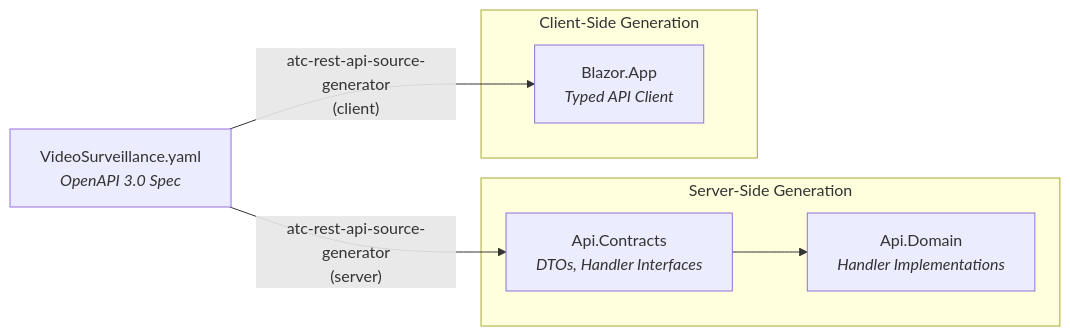
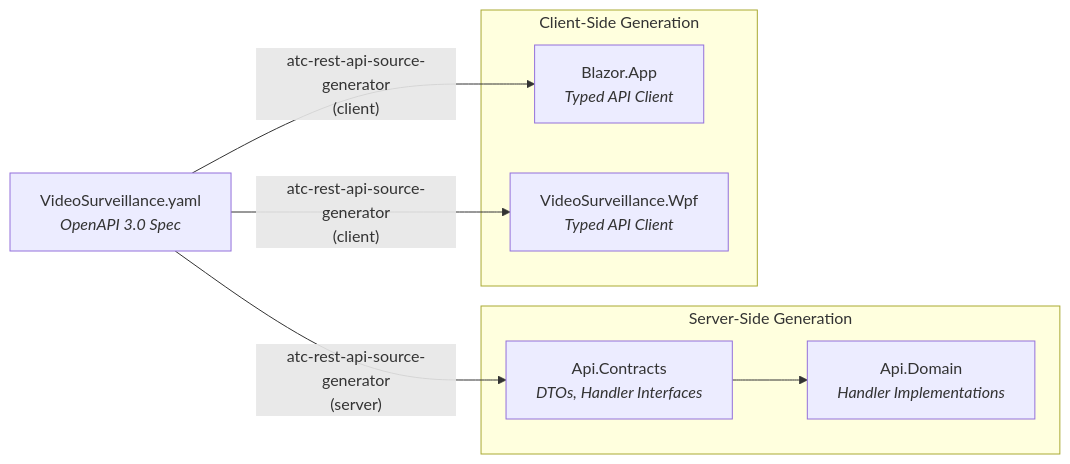
The fifth of 8 diagrams in docs/architecture.md (davidkallesen/Linksoft.VideoSurveillance), drawn with Mermaid before and after one commit. The commit also changed other lines of this file and 76 other files, not shown here.

Commit message:
feat: add Linksoft.VideoSurveillance.Wpf and Linksoft.VideoSurveillance.Wpf.App

````diff
--- a/docs/architecture.md
+++ b/docs/architecture.md
@@ -142,17 +156,19 @@
 ```mermaid
 graph LR
     YAML["VideoSurveillance.yaml<br/><i>OpenAPI 3.0 Spec</i>"]
 
     subgraph ServerSide["Server-Side Generation"]
         Contracts["Api.Contracts<br/><i>DTOs, Handler Interfaces</i>"]
         Domain["Api.Domain<br/><i>Handler Implementations</i>"]
     end
 
     subgraph ClientSide["Client-Side Generation"]
-        ClientCode["Blazor.App<br/><i>Typed API Client</i>"]
+        BlazorClient["Blazor.App<br/><i>Typed API Client</i>"]
+        WpfClient["VideoSurveillance.Wpf<br/><i>Typed API Client</i>"]
     end
 
     YAML -- "atc-rest-api-source-generator<br/>(server)" --> Contracts
-    YAML -- "atc-rest-api-source-generator<br/>(client)" --> ClientCode
+    YAML -- "atc-rest-api-source-generator<br/>(client)" --> BlazorClient
+    YAML -- "atc-rest-api-source-generator<br/>(client)" --> WpfClient
     Contracts --> Domain
 ```
````
